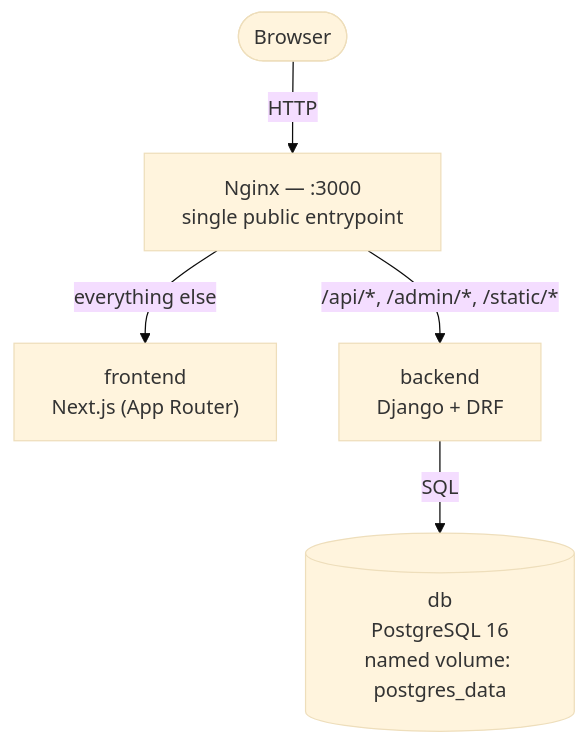
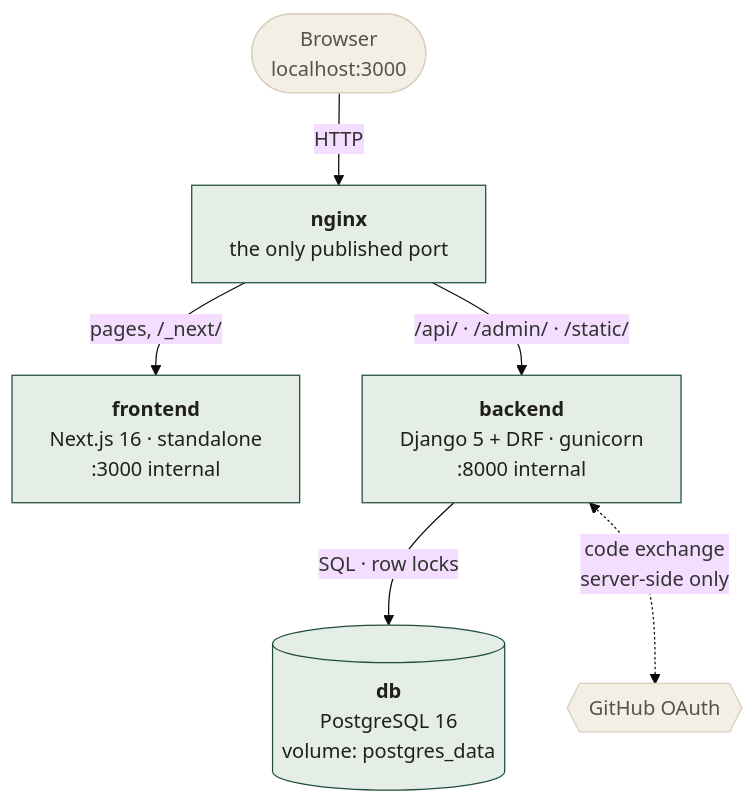
One commit to Ayush-o1/velora changed the first of 3 diagrams in README.md. Above: the diagram before and after it, drawn with Mermaid (base theme). The commit also changed other lines of this file and 7 other files, not shown here.

````diff
--- a/README.md
+++ b/README.md
@@ -49,13 +57,20 @@
 ```mermaid
 flowchart TD
-    Browser(["Browser"])
-    Nginx["Nginx — :3000\nsingle public entrypoint"]
-    Frontend["frontend\nNext.js (App Router)"]
-    Backend["backend\nDjango + DRF"]
-    DB[("db\nPostgreSQL 16\nnamed volume: postgres_data")]
+    Browser(["Browser<br/>localhost:3000"])
+    Nginx["<b>nginx</b><br/>the only published port"]
+    Frontend["<b>frontend</b><br/>Next.js 16 · standalone<br/>:3000 internal"]
+    Backend["<b>backend</b><br/>Django 5 + DRF · gunicorn<br/>:8000 internal"]
+    DB[("<b>db</b><br/>PostgreSQL 16<br/>volume: postgres_data")]
+    GitHub{{"GitHub OAuth"}}
 
     Browser -->|HTTP| Nginx
-    Nginx -->|"/api/*, /admin/*, /static/*"| Backend
-    Nginx -->|"everything else"| Frontend
-    Backend -->|SQL| DB
+    Nginx -->|"/api/ · /admin/ · /static/"| Backend
+    Nginx -->|"pages, /_next/"| Frontend
+    Backend -->|"SQL · row locks"| DB
+    Backend <-.->|"code exchange<br/>server-side only"| GitHub
+
+    classDef svc fill:#e5ede7,stroke:#1f4d3d,color:#211f1a;
+    classDef ext fill:#f3efe5,stroke:#d8cfba,color:#57534a;
+    class Nginx,Frontend,Backend,DB svc;
+    class GitHub,Browser ext;
 ```
````
